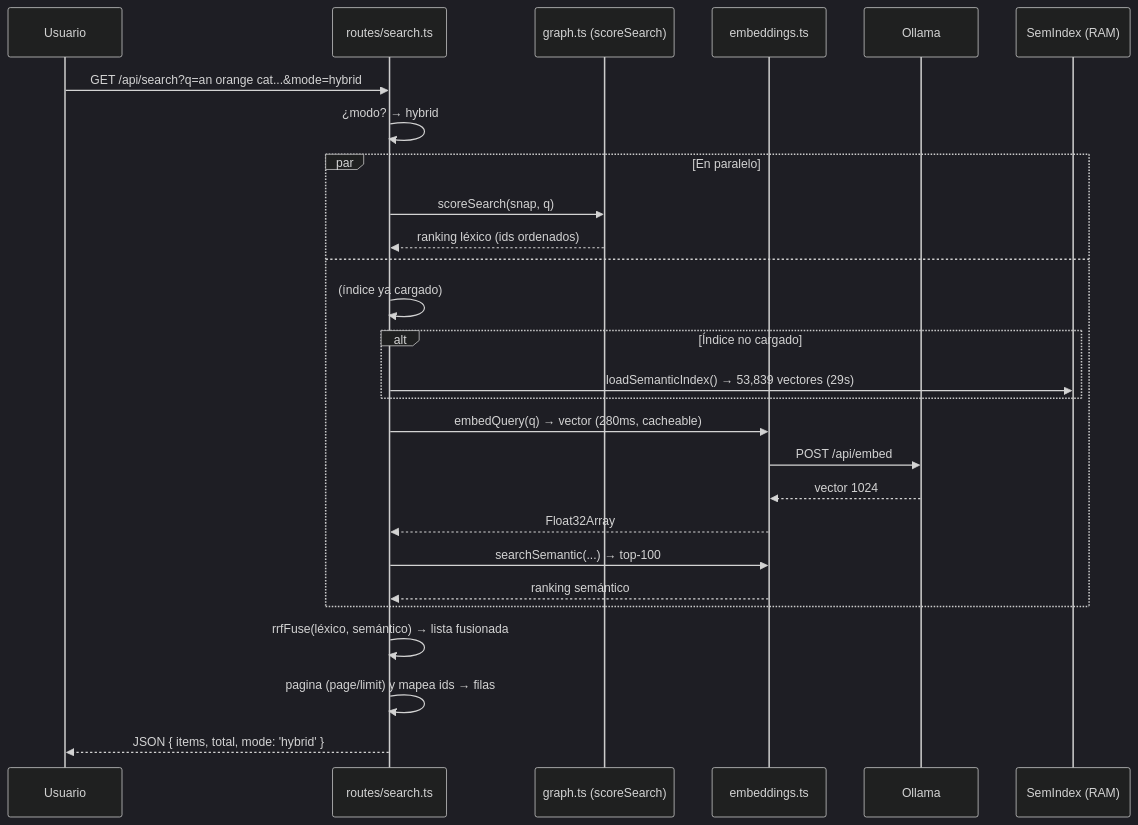
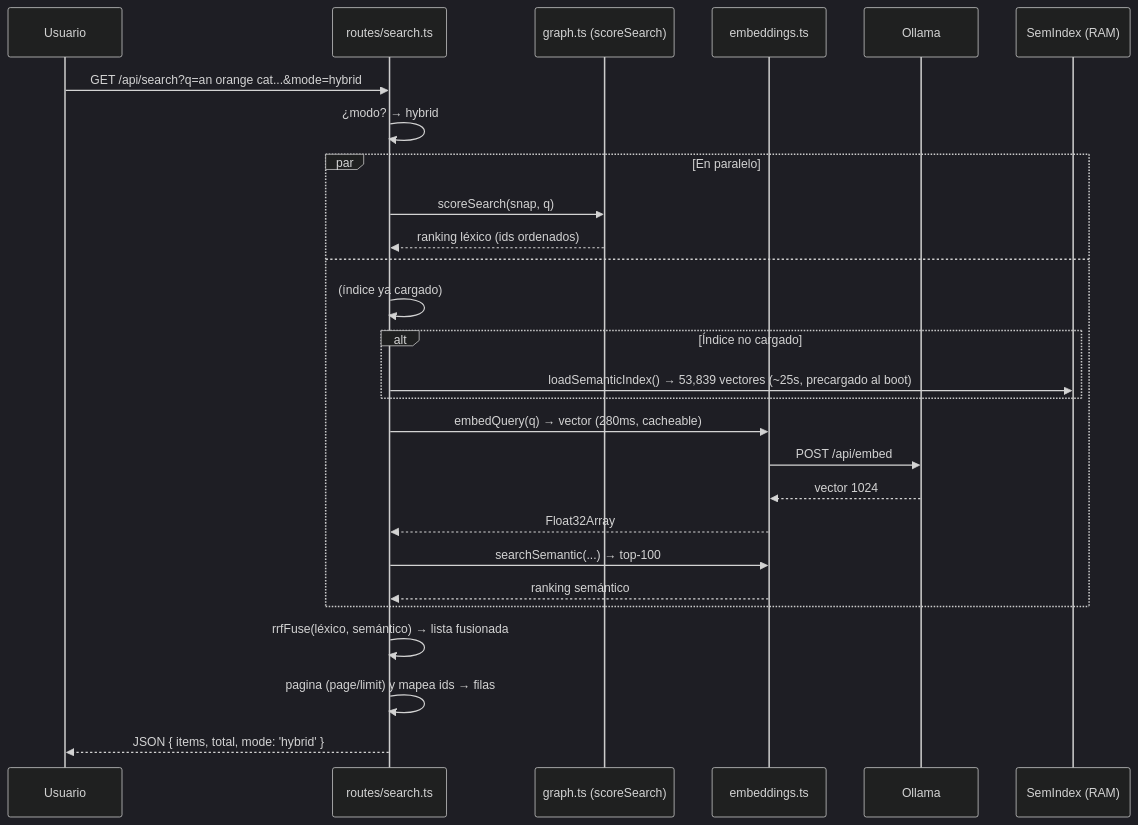
The ninth of 10 diagrams in docs/GUIA_EMBEDDINGS.md (epimient/Buscador_grafos), drawn with Mermaid (dark theme) before and after one commit. The commit also changed other lines of this file and 8 other files, not shown here.

````diff
--- a/docs/GUIA_EMBEDDINGS.md
+++ b/docs/GUIA_EMBEDDINGS.md
@@ -373,32 +394,32 @@
 ```mermaid
 sequenceDiagram
     participant U as Usuario
     participant R as routes/search.ts
     participant G as graph.ts (scoreSearch)
     participant E as embeddings.ts
     participant O as Ollama
     participant M as SemIndex (RAM)
 
     U->>R: GET /api/search?q=an orange cat...&mode=hybrid
     R->>R: ¿modo? → hybrid
 
     par En paralelo
         R->>G: scoreSearch(snap, q)
         G-->>R: ranking léxico (ids ordenados)
     and
         R->>R: (índice ya cargado)
         alt Índice no cargado
-            R->>M: loadSemanticIndex() → 53,839 vectores (29s)
+            R->>M: loadSemanticIndex() → 53,839 vectores (~25s, precargado al boot)
         end
         R->>E: embedQuery(q) → vector (280ms, cacheable)
         E->>O: POST /api/embed
         O-->>E: vector 1024
         E-->>R: Float32Array
         R->>E: searchSemantic(...) → top-100
         E-->>R: ranking semántico
     end
 
     R->>R: rrfFuse(léxico, semántico) → lista fusionada
     R->>R: pagina (page/limit) y mapea ids → filas
     R-->>U: JSON { items, total, mode: 'hybrid' }
 ```
````
